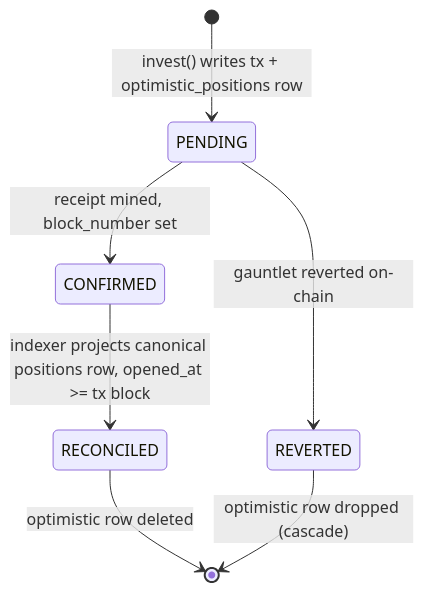
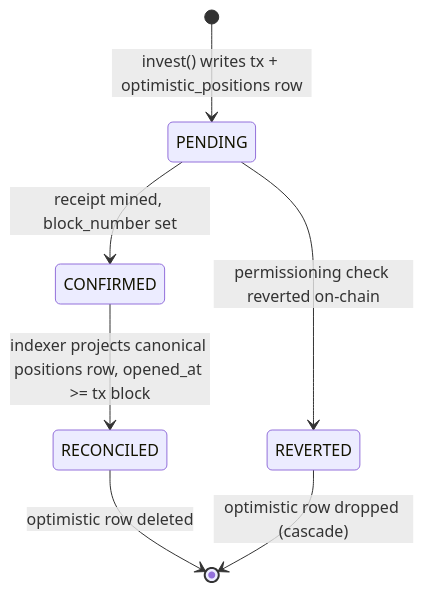
Before and after one commit to xbt-a4224j/permissioned-credit-ledger: diagram 13 of 14 in docs/architecture/MAP.md, drawn with Mermaid. The commit also changed other lines of this file and 69 other files, not shown here.

````diff
--- a/docs/architecture/MAP.md
+++ b/docs/architecture/MAP.md
@@ -619,9 +582,9 @@
 ```mermaid
 stateDiagram-v2
   [*] --> PENDING : invest() writes tx + optimistic_positions row
   PENDING --> CONFIRMED : receipt mined, block_number set
-  PENDING --> REVERTED : gauntlet reverted on-chain
+  PENDING --> REVERTED : permissioning check reverted on-chain
   CONFIRMED --> RECONCILED : indexer projects canonical positions row, opened_at >= tx block
   RECONCILED --> [*] : optimistic row deleted
   REVERTED --> [*] : optimistic row dropped (cascade)
 ```
````
